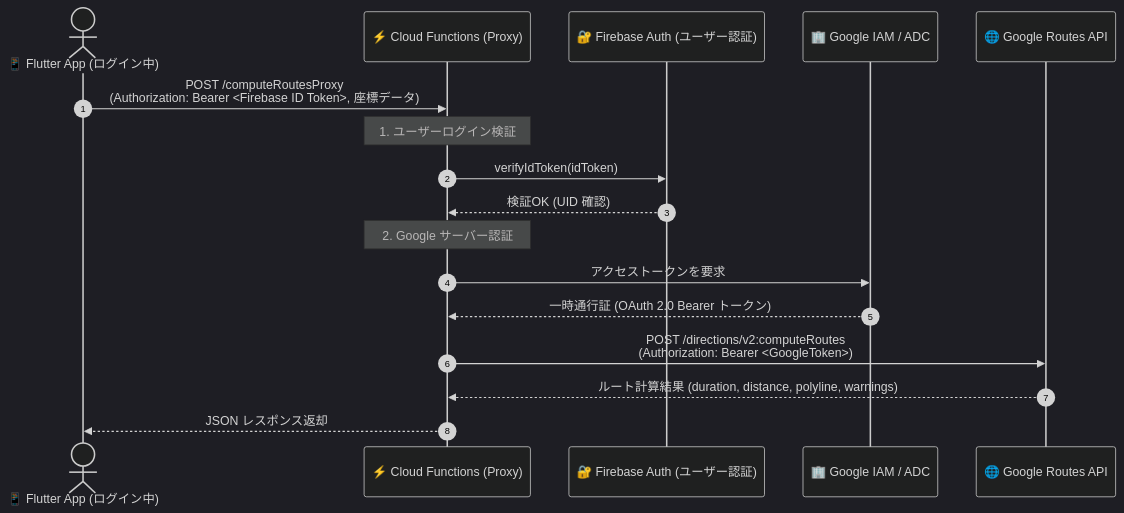
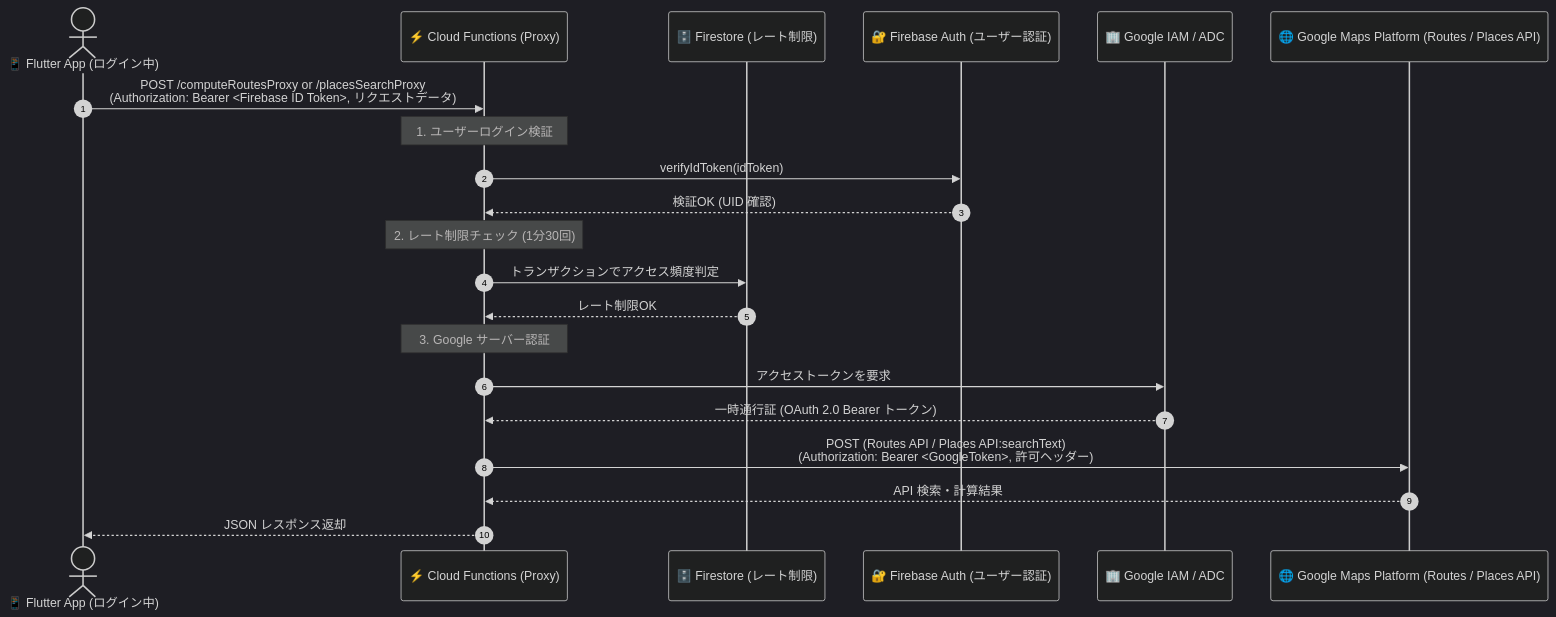
One commit to a-sasaoka/flutter_sample changed the diagram in docs/map.md. Above: the diagram before and after it, drawn with Mermaid (dark theme). The commit also changed other lines of this file and 43 other files, not shown here.

First line of the commit message:
feat(map): Google Places API による場所検索の強化と URL 定義の BASE_URL 集約

````diff
--- a/docs/map.md
+++ b/docs/map.md
@@ -132,20 +126,24 @@
 ```mermaid
 sequenceDiagram
     autonumber
     actor User as 📱 Flutter App (ログイン中)
     participant Functions as ⚡ Cloud Functions (Proxy)
+    participant Firestore as 🗄️ Firestore (レート制限)
     participant FirebaseAuth as 🔐 Firebase Auth (ユーザー認証)
     participant GoogleAuth as 🏢 Google IAM / ADC
-    participant Routes as 🌐 Google Routes API
+    participant GoogleMaps as 🌐 Google Maps Platform (Routes / Places API)
 
-    User->>Functions: POST /computeRoutesProxy<br/>(Authorization: Bearer <Firebase ID Token>, 座標データ)
+    User->>Functions: POST /computeRoutesProxy or /placesSearchProxy<br/>(Authorization: Bearer <Firebase ID Token>, リクエストデータ)
     Note over Functions: 1. ユーザーログイン検証
     Functions->>FirebaseAuth: verifyIdToken(idToken)
     FirebaseAuth-->>Functions: 検証OK (UID 確認)
-    Note over Functions: 2. Google サーバー認証
+    Note over Functions: 2. レート制限チェック (1分30回)
+    Functions->>Firestore: トランザクションでアクセス頻度判定
+    Firestore-->>Functions: レート制限OK
+    Note over Functions: 3. Google サーバー認証
     Functions->>GoogleAuth: アクセストークンを要求
     GoogleAuth-->>Functions: 一時通行証 (OAuth 2.0 Bearer トークン)
-    Functions->>Routes: POST /directions/v2:computeRoutes<br/>(Authorization: Bearer <GoogleToken>)
-    Routes-->>Functions: ルート計算結果 (duration, distance, polyline, warnings)
+    Functions->>GoogleMaps: POST (Routes API / Places API:searchText)<br/>(Authorization: Bearer <GoogleToken>, 許可ヘッダー)
+    GoogleMaps-->>Functions: API 検索・計算結果
     Functions-->>User: JSON レスポンス返却
 ```
````
